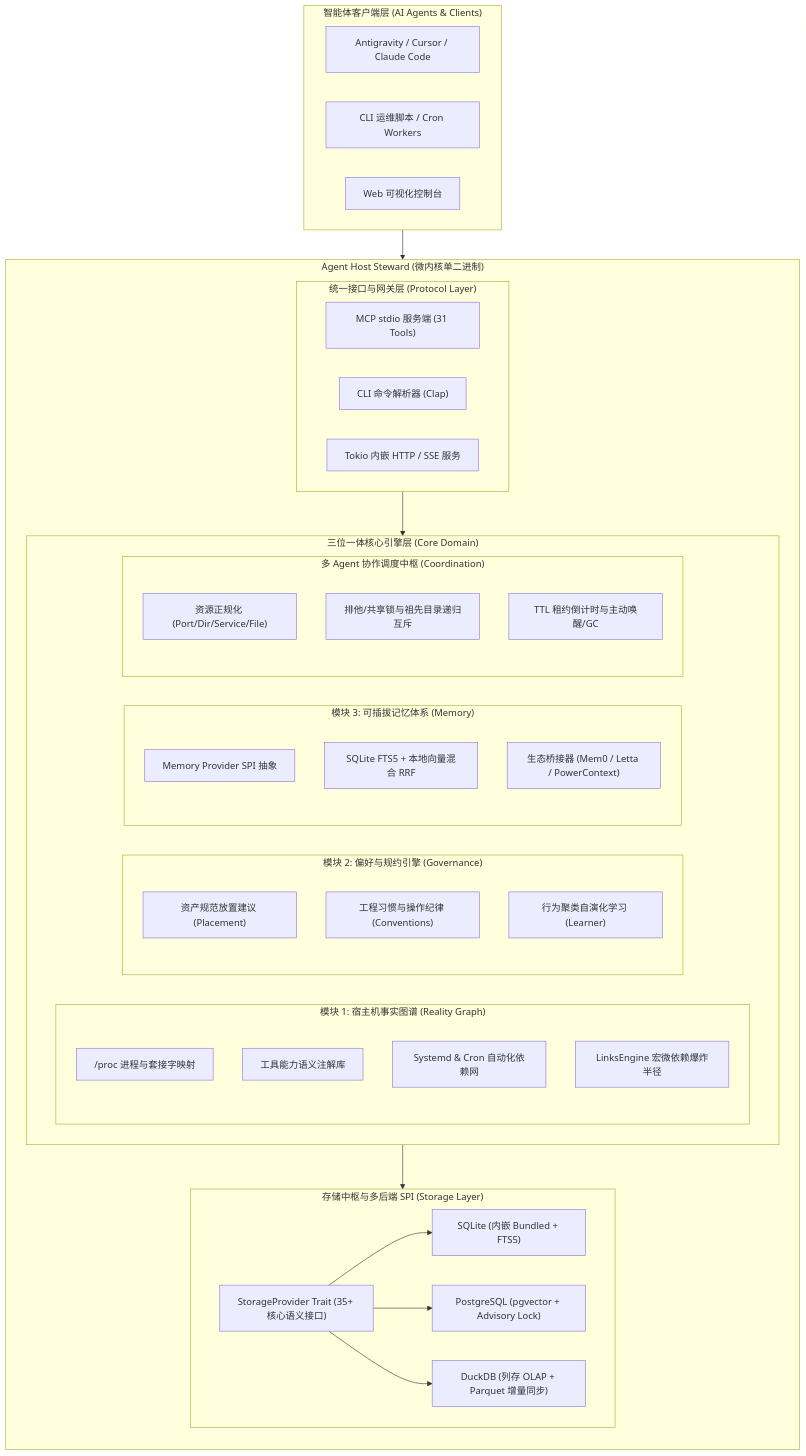
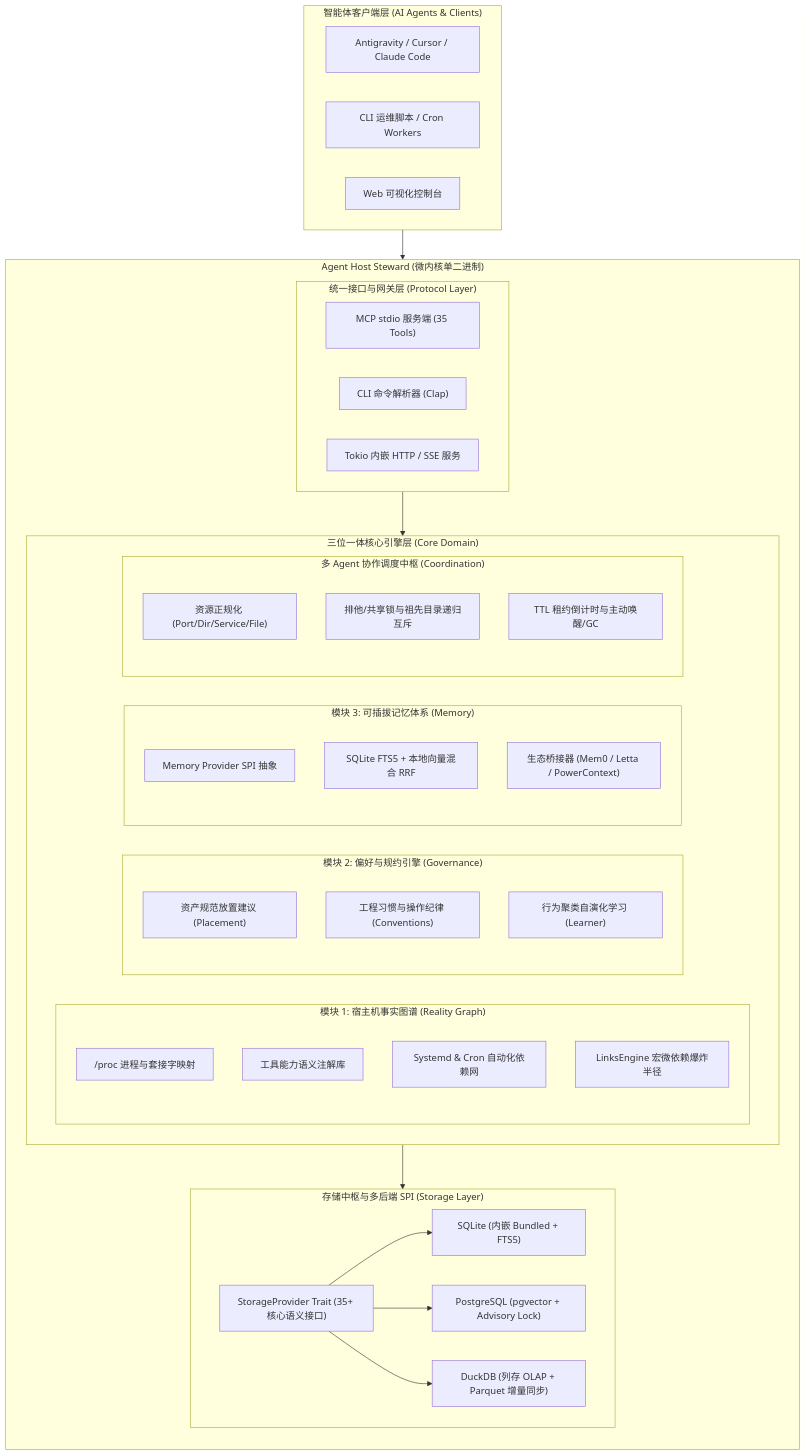
One commit to digoal/agent-body changed the first of 4 diagrams in arch/01-for-architects.md. Above: the diagram before and after it, drawn with Mermaid. The commit also changed 41 other files, not shown here.

````diff
--- a/arch/01-for-architects.md
+++ b/arch/01-for-architects.md
@@ -40,59 +40,59 @@
 ```mermaid
 graph TD
     subgraph Clients["智能体客户端层 (AI Agents & Clients)"]
         A1["Antigravity / Cursor / Claude Code"]
         A2["CLI 运维脚本 / Cron Workers"]
         A3["Web 可视化控制台"]
     end
 
     subgraph Steward["Agent Host Steward (微内核单二进制)"]
         direction TB
         
         subgraph Protocols["统一接口与网关层 (Protocol Layer)"]
-            P1["MCP stdio 服务端 (31 Tools)"]
+            P1["MCP stdio 服务端 (35 Tools)"]
             P2["CLI 命令解析器 (Clap)"]
             P3["Tokio 内嵌 HTTP / SSE 服务"]
         end
 
         subgraph Core["三位一体核心引擎层 (Core Domain)"]
             subgraph M1["模块 1: 宿主机事实图谱 (Reality Graph)"]
                 F1["/proc 进程与套接字映射"]
                 F2["工具能力语义注解库"]
                 F3["Systemd & Cron 自动化依赖网"]
                 F4["LinksEngine 宏微依赖爆炸半径"]
             end
 
             subgraph M2["模块 2: 偏好与规约引擎 (Governance)"]
                 G1["资产规范放置建议 (Placement)"]
                 G2["工程习惯与操作纪律 (Conventions)"]
                 G3["行为聚类自演化学习 (Learner)"]
             end
 
             subgraph M3["模块 3: 可插拔记忆体系 (Memory)"]
                 Mem1["Memory Provider SPI 抽象"]
                 Mem2["SQLite FTS5 + 本地向量混合 RRF"]
                 Mem3["生态桥接器 (Mem0 / Letta / PowerContext)"]
             end
 
             subgraph Coordination["多 Agent 协作调度中枢 (Coordination)"]
                 C1["资源正规化 (Port/Dir/Service/File)"]
                 C2["排他/共享锁与祖先目录递归互斥"]
                 C3["TTL 租约倒计时与主动唤醒/GC"]
             end
         end
 
         subgraph StorageSPI["存储中枢与多后端 SPI (Storage Layer)"]
             S_SPI["StorageProvider Trait (35+ 核心语义接口)"]
             S_SQLITE["SQLite (内嵌 Bundled + FTS5)"]
             S_PG["PostgreSQL (pgvector + Advisory Lock)"]
             S_DUCK["DuckDB (列存 OLAP + Parquet 增量同步)"]
         end
     end
 
     Clients --> Protocols
     Protocols --> Core
     Core --> StorageSPI
     S_SPI --> S_SQLITE
     S_SPI --> S_PG
     S_SPI --> S_DUCK
 ```
````
